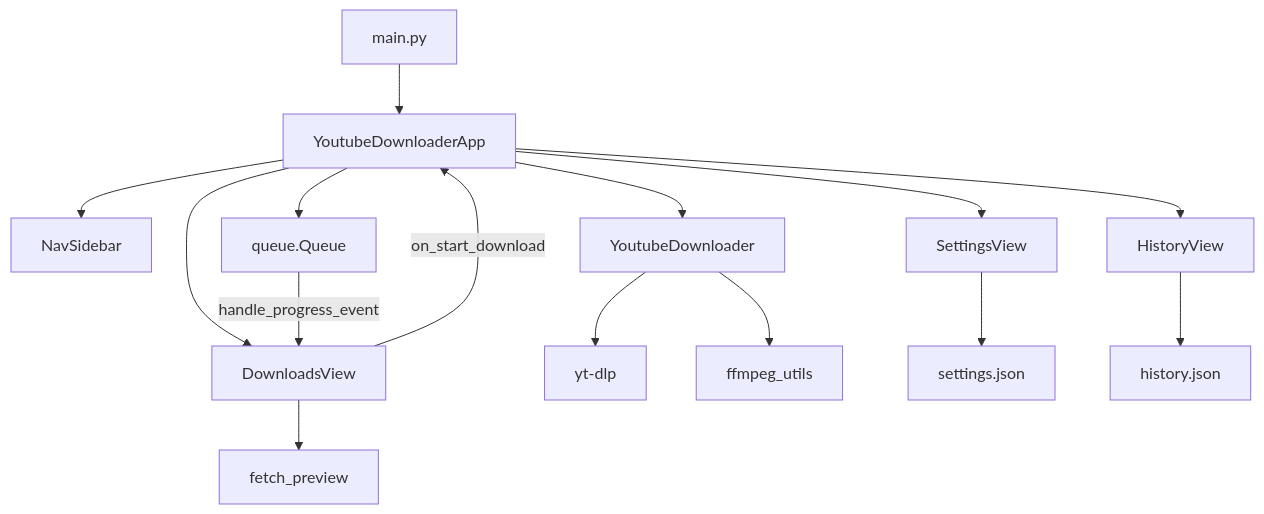
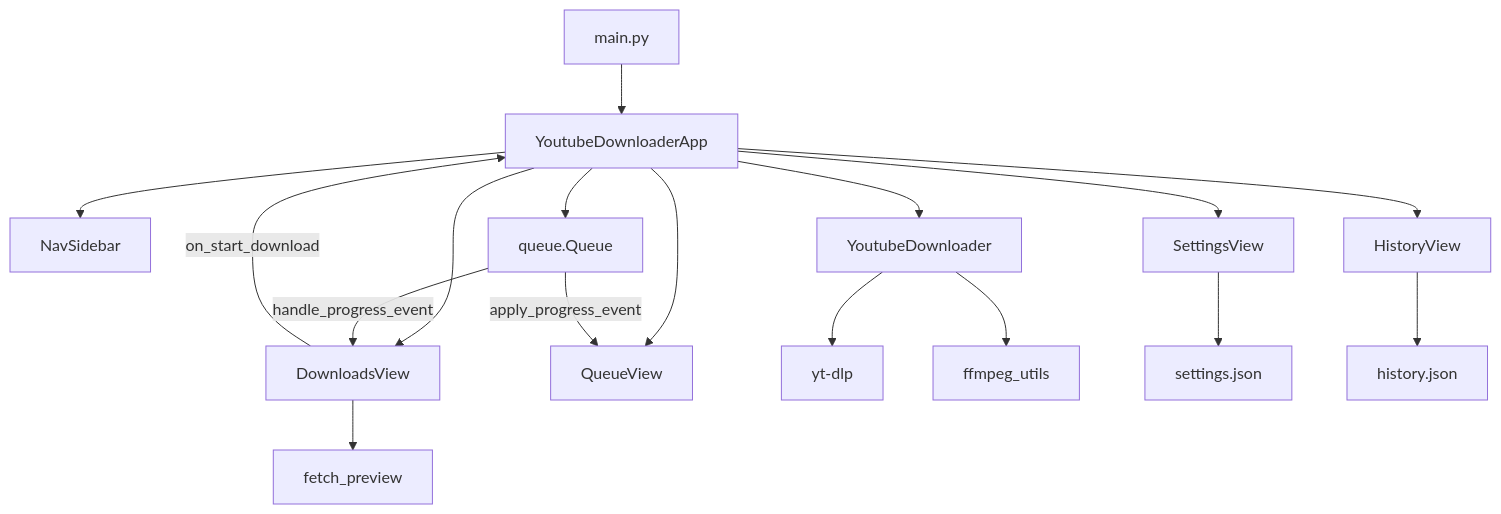
One commit to PauloParente/youtube-downloader changed the diagram in AGENTS.md. Above: the diagram before and after it, drawn with Mermaid. The commit also changed other lines of this file and 21 other files, not shown here.

````diff
--- a/AGENTS.md
+++ b/AGENTS.md
@@ -58,17 +59,19 @@
 ```mermaid
 flowchart TB
   main[main.py] --> app[YoutubeDownloaderApp]
   app --> nav[NavSidebar]
   app --> settings[SettingsView]
   app --> history[HistoryView]
   app --> downloads[DownloadsView]
-  app --> queue[queue.Queue]
+  app --> queueView[QueueView]
+  app --> eventQ[queue.Queue]
   app --> dl[YoutubeDownloader]
   downloads --> meta[fetch_preview]
   downloads -->|"on_start_download"| app
-  queue -->|"handle_progress_event"| downloads
+  eventQ -->|"handle_progress_event"| downloads
+  eventQ -->|"apply_progress_event"| queueView
   dl --> ytdlp[yt-dlp]
   dl --> ffmpeg[ffmpeg_utils]
   settings --> settFile[settings.json]
   history --> histFile[history.json]
 ```
````
